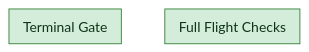
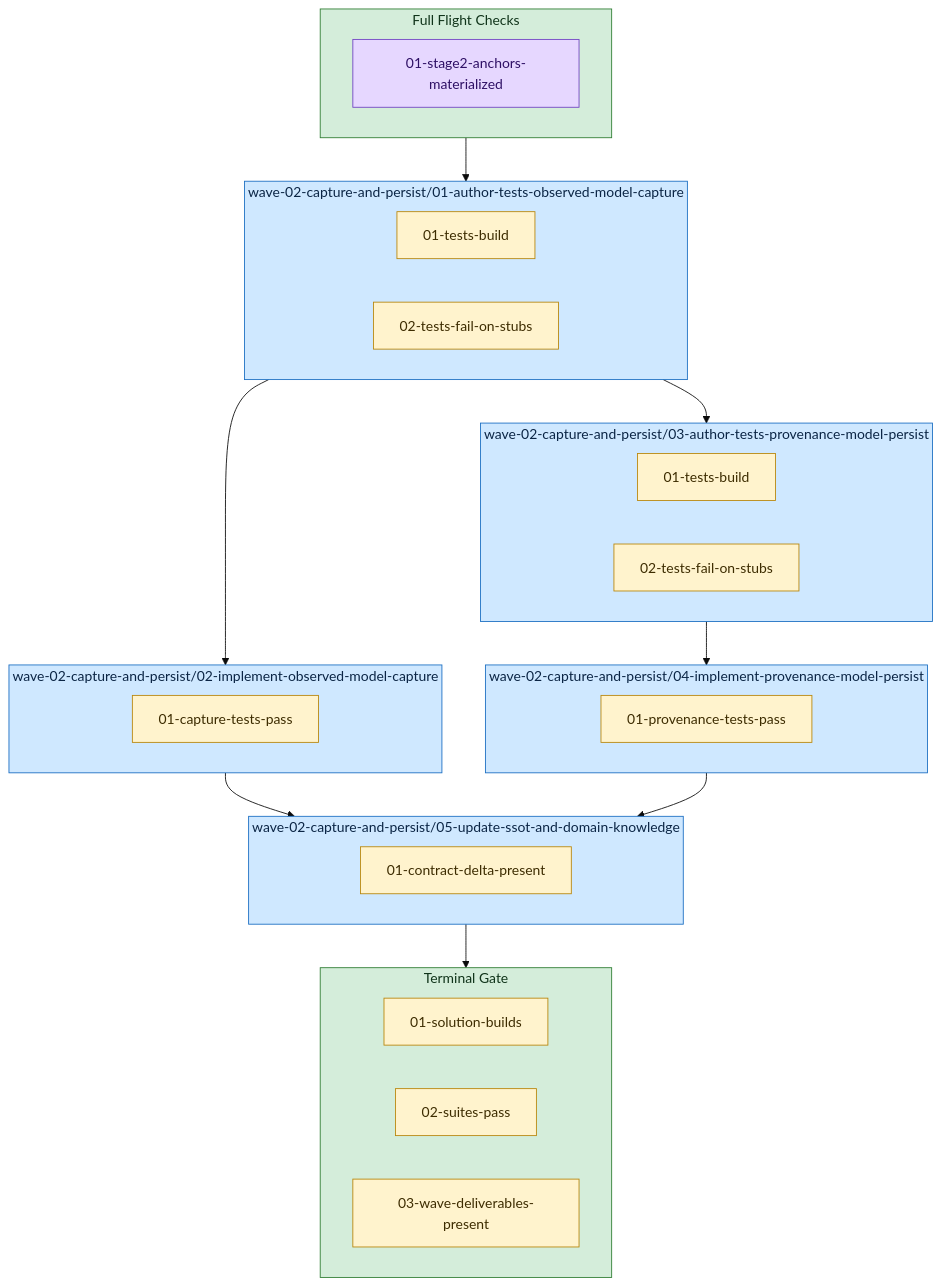
Before and after one commit to Servant-Software-LLC/Guardrails: the diagram in docs/plans/model-tiering-stage-3/wave-02-capture-and-persist/diagram.md, drawn with Mermaid (base theme). The commit also changed other lines of this file and 25 other files, not shown here.

First line of the commit message:
plan-breakdown(model-tiering-stage-3): wave 2 authored (capture + persist), DRAFT

````diff
--- a/docs/plans/model-tiering-stage-3/wave-02-capture-and-persist/diagram.md
+++ b/docs/plans/model-tiering-stage-3/wave-02-capture-and-persist/diagram.md
@@ -3,11 +3,44 @@
 ```mermaid
 flowchart TD
   subgraph plan_preflights["Full Flight Checks"]
+    plan_preflights_0["01-stage2-anchors-materialized"]:::preflight
   end
   style plan_preflights fill:#d4edda,stroke:#2e7d32,color:#10341a;
+  subgraph task_wave_02_capture_and_persist_01_author_tests_observed_model_capture["wave-02-capture-and-persist/01-author-tests-observed-model-capture"]
+    task_wave_02_capture_and_persist_01_author_tests_observed_model_capture_gr_0["01-tests-build"]:::guardrail
+    task_wave_02_capture_and_persist_01_author_tests_observed_model_capture_gr_1["02-tests-fail-on-stubs"]:::guardrail
+  end
+  style task_wave_02_capture_and_persist_01_author_tests_observed_model_capture fill:#cfe8ff,stroke:#1b6ec2,color:#0b2545;
+  subgraph task_wave_02_capture_and_persist_02_implement_observed_model_capture["wave-02-capture-and-persist/02-implement-observed-model-capture"]
+    task_wave_02_capture_and_persist_02_implement_observed_model_capture_gr_0["01-capture-tests-pass"]:::guardrail
+  end
+  style task_wave_02_capture_and_persist_02_implement_observed_model_capture fill:#cfe8ff,stroke:#1b6ec2,color:#0b2545;
+  subgraph task_wave_02_capture_and_persist_03_author_tests_provenance_model_persist["wave-02-capture-and-persist/03-author-tests-provenance-model-persist"]
+    task_wave_02_capture_and_persist_03_author_tests_provenance_model_persist_gr_0["01-tests-build"]:::guardrail
+    task_wave_02_capture_and_persist_03_author_tests_provenance_model_persist_gr_1["02-tests-fail-on-stubs"]:::guardrail
+  end
+  style task_wave_02_capture_and_persist_03_author_tests_provenance_model_persist fill:#cfe8ff,stroke:#1b6ec2,color:#0b2545;
+  subgraph task_wave_02_capture_and_persist_04_implement_provenance_model_persist["wave-02-capture-and-persist/04-implement-provenance-model-persist"]
+    task_wave_02_capture_and_persist_04_implement_provenance_model_persist_gr_0["01-provenance-tests-pass"]:::guardrail
+  end
+  style task_wave_02_capture_and_persist_04_implement_provenance_model_persist fill:#cfe8ff,stroke:#1b6ec2,color:#0b2545;
+  subgraph task_wave_02_capture_and_persist_05_update_ssot_and_domain_knowledge["wave-02-capture-and-persist/05-update-ssot-and-domain-knowledge"]
+    task_wave_02_capture_and_persist_05_update_ssot_and_domain_knowledge_gr_0["01-contract-delta-present"]:::guardrail
+  end
+  style task_wave_02_capture_and_persist_05_update_ssot_and_domain_knowledge fill:#cfe8ff,stroke:#1b6ec2,color:#0b2545;
   subgraph plan_guardrails["Terminal Gate"]
+    plan_guardrails_0["01-solution-builds"]:::guardrail
+    plan_guardrails_1["02-suites-pass"]:::guardrail
+    plan_guardrails_2["03-wave-deliverables-present"]:::guardrail
   end
   style plan_guardrails fill:#d4edda,stroke:#2e7d32,color:#10341a;
+  plan_preflights --> task_wave_02_capture_and_persist_01_author_tests_observed_model_capture
+  task_wave_02_capture_and_persist_01_author_tests_observed_model_capture --> task_wave_02_capture_and_persist_02_implement_observed_model_capture
+  task_wave_02_capture_and_persist_01_author_tests_observed_model_capture --> task_wave_02_capture_and_persist_03_author_tests_provenance_model_persist
+  task_wave_02_capture_and_persist_02_implement_observed_model_capture --> task_wave_02_capture_and_persist_05_update_ssot_and_domain_knowledge
+  task_wave_02_capture_and_persist_03_author_tests_provenance_model_persist --> task_wave_02_capture_and_persist_04_implement_provenance_model_persist
+  task_wave_02_capture_and_persist_04_implement_provenance_model_persist --> task_wave_02_capture_and_persist_05_update_ssot_and_domain_knowledge
+  task_wave_02_capture_and_persist_05_update_ssot_and_domain_knowledge --> plan_guardrails
   classDef preflight fill:#e6d7ff,stroke:#6f42c1,color:#2e1065;
   classDef guardrail fill:#fff3cd,stroke:#b8860b,color:#3d2c00;
 ```
````
